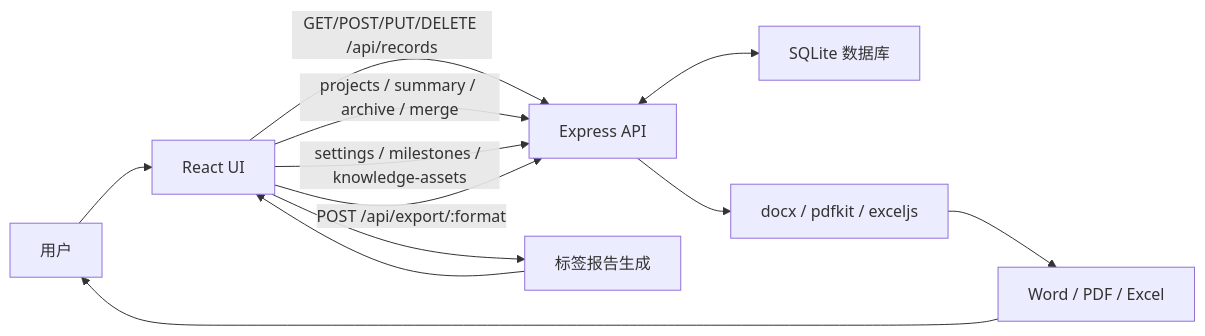
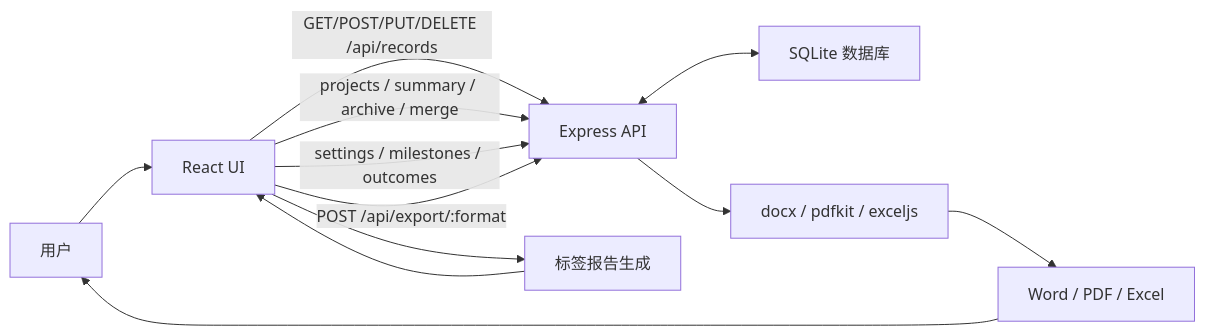
The diagram in PROJECT_ARCHITECTURE.md (smile-yc/Trace), drawn with Mermaid before and after one commit. The commit also changed other lines of this file and 35 other files, not shown here.

````diff
--- a/PROJECT_ARCHITECTURE.md
+++ b/PROJECT_ARCHITECTURE.md
@@ -100,22 +101,22 @@
 ```mermaid
 flowchart LR
   User["用户"]
   UI["React UI"]
   API["Express API"]
   DB["SQLite 数据库"]
   Report["标签报告生成"]
   Exporters["docx / pdfkit / exceljs"]
   Files["Word / PDF / Excel"]
 
   User --> UI
   UI -->|GET/POST/PUT/DELETE /api/records| API
   UI -->|projects / summary / archive / merge| API
-  UI -->|settings / milestones / knowledge-assets| API
+  UI -->|settings / milestones / outcomes| API
   API <--> DB
   UI --> Report
   Report --> UI
   UI -->|POST /api/export/:format| API
   API --> Exporters
   Exporters --> Files
   Files --> User
 ```
````
